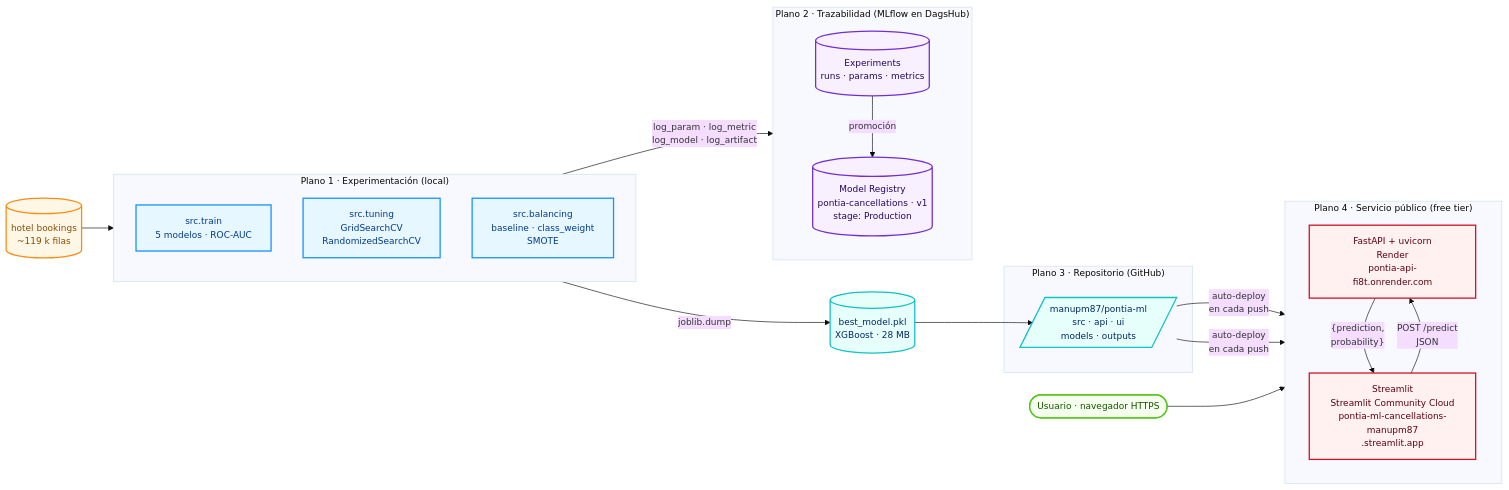
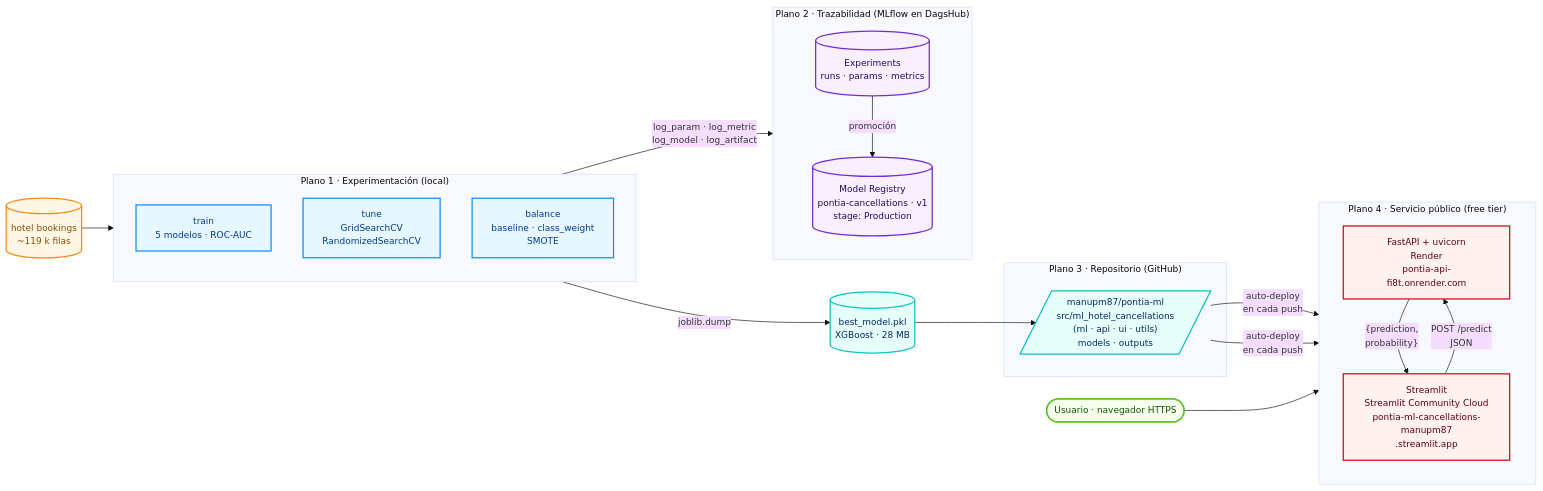
Before and after one commit to manupm87/pontia-ml: the first of 2 diagrams in docs/arquitectura.md, drawn with Mermaid. The commit also changed other lines of this file and 6 other files, not shown here.

````diff
--- a/docs/arquitectura.md
+++ b/docs/arquitectura.md
@@ -28,49 +28,49 @@
 ```mermaid
 %%{init: {'theme':'base','themeVariables':{'fontSize':'14px'}}}%%
 flowchart LR
     classDef data fill:#fff7e6,stroke:#fa8c16,color:#874d00,stroke-width:2px
     classDef train fill:#e6f7ff,stroke:#1890ff,color:#003a8c,stroke-width:2px
     classDef ml fill:#f9f0ff,stroke:#722ed1,color:#22075e,stroke-width:2px
     classDef artifact fill:#e6fffb,stroke:#13c2c2,color:#002766,stroke-width:2px
     classDef cloud fill:#fff1f0,stroke:#cf1322,color:#5c0011,stroke-width:2px
     classDef user fill:#f6ffed,stroke:#52c41a,color:#135200,stroke-width:2px
 
     DATA[("hotel bookings<br/>~119 k filas")]:::data
 
     subgraph PLANE1["Plano 1 · Experimentación (local)"]
         direction TB
-        T1["src.train<br/>5 modelos · ROC-AUC"]:::train
-        T2["src.tuning<br/>GridSearchCV<br/>RandomizedSearchCV"]:::train
-        T3["src.balancing<br/>baseline · class_weight<br/>SMOTE"]:::train
+        T1["train<br/>5 modelos · ROC-AUC"]:::train
+        T2["tune<br/>GridSearchCV<br/>RandomizedSearchCV"]:::train
+        T3["balance<br/>baseline · class_weight<br/>SMOTE"]:::train
     end
     DATA --> PLANE1
 
     subgraph PLANE2["Plano 2 · Trazabilidad (MLflow en DagsHub)"]
         direction TB
         EXP[("Experiments<br/>runs · params · metrics")]:::ml
         REG[("Model Registry<br/>pontia-cancellations · v1<br/>stage: Production")]:::ml
         EXP -- promoción --> REG
     end
     PLANE1 -- "log_param · log_metric<br/>log_model · log_artifact" --> EXP
 
     PKL[("best_model.pkl<br/>XGBoost · 28 MB")]:::artifact
     PLANE1 -- "joblib.dump" --> PKL
 
     subgraph PLANE3["Plano 3 · Repositorio (GitHub)"]
-        REPO[/"manupm87/pontia-ml<br/>src · api · ui<br/>models · outputs"/]:::artifact
+        REPO[/"manupm87/pontia-ml<br/>src/ml_hotel_cancellations<br/>(ml · api · ui · utils)<br/>models · outputs"/]:::artifact
     end
     PKL --> REPO
 
     subgraph PLANE4["Plano 4 · Servicio público (free tier)"]
         direction TB
         API_NODE["FastAPI + uvicorn<br/>Render<br/>pontia-api-fi8t.onrender.com"]:::cloud
         UI_NODE["Streamlit<br/>Streamlit Community Cloud<br/>pontia-ml-cancellations-manupm87<br/>.streamlit.app"]:::cloud
     end
     REPO -- "auto-deploy<br/>en cada push" --> API_NODE
     REPO -- "auto-deploy<br/>en cada push" --> UI_NODE
 
     USER([Usuario · navegador HTTPS]):::user
     USER --> UI_NODE
     UI_NODE -- "POST /predict<br/>JSON" --> API_NODE
     API_NODE -- "{prediction,<br/>probability}" --> UI_NODE
 ```
````
